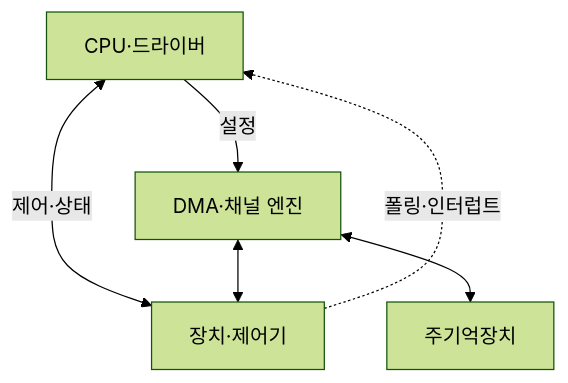
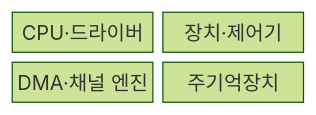
One commit to agnusdei1207/knowledge-base changed the first of 2 diagrams in src/content/docs/notes/02-hardware/033_io_interface.md. Above: the diagram before and after it, drawn with Mermaid (forest theme). The commit also changed other lines of this file and 20 other files, not shown here.

````diff
--- a/src/content/docs/notes/02-hardware/033_io_interface.md
+++ b/src/content/docs/notes/02-hardware/033_io_interface.md
@@ -68,8 +66,8 @@
 ```mermaid
-flowchart TB
-    C[CPU·드라이버] <-->|제어·상태| D[장치·제어기]
-    D -. 폴링·인터럽트 .-> C
-    C -->|설정| E[DMA·채널 엔진]
-    E <--> D
-    E <--> M[주기억장치]
+block
+    columns 2
+    C["CPU·드라이버"]
+    D["장치·제어기"]
+    E["DMA·채널 엔진"]
+    M["주기억장치"]
 ```
````
